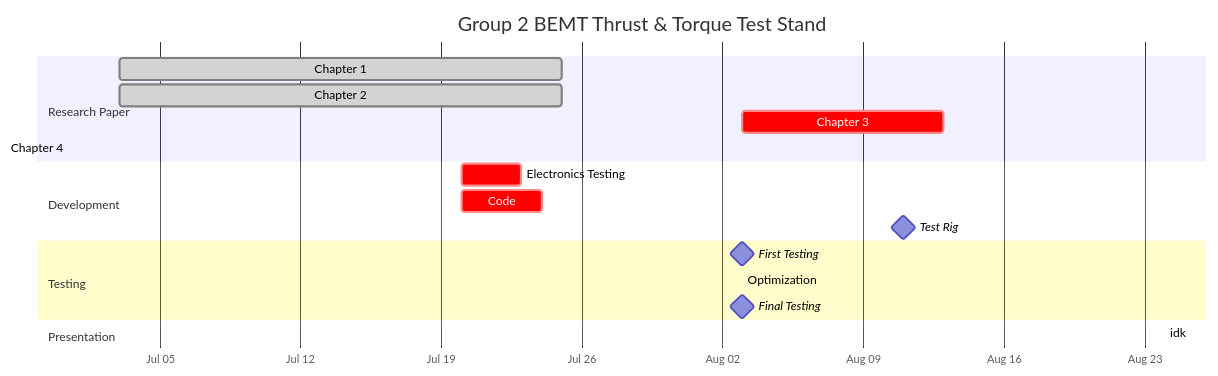
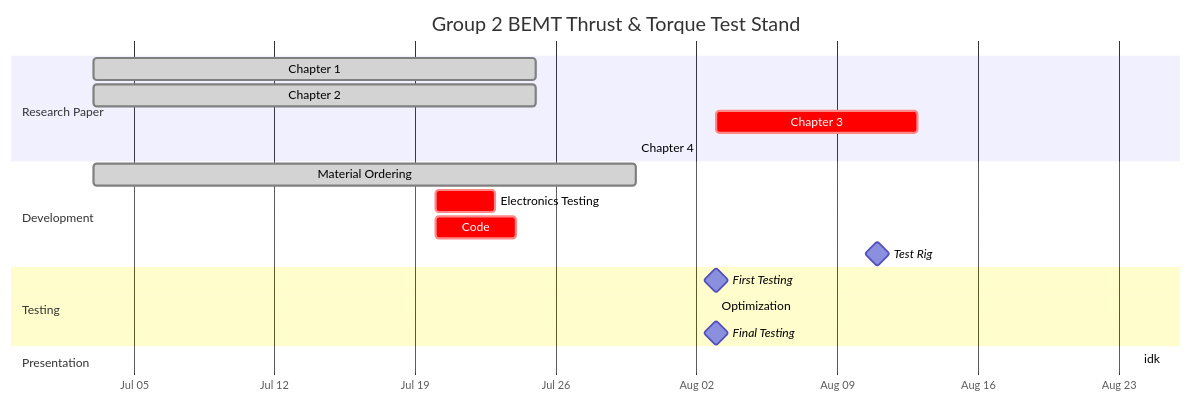
Before and after one commit to mdy-aap/AE-416-Research: the diagram in Group 2/1_ganttchart.md, drawn with Mermaid.

````diff
--- a/Group 2/1_ganttchart.md
+++ b/Group 2/1_ganttchart.md
@@ -1,25 +1,26 @@
 ```mermaid
 gantt
     title Group 2 BEMT Thrust & Torque Test Stand
     dateFormat  YYYY-MM-DD
     axisFormat  %b %d
 
     section Research Paper
     Chapter 1            :done,   des, 2026-07-03, 2026-07-25
     Chapter 2            :done,   des, 2026-07-03, 2026-07-25
     Chapter 3            :crit,   des, 2026-08-03, 10d
-    Chapter 4            :active, des, after des,
+    Chapter 4            :active, des, after des, 0d
 
     section Development
+    Material Ordering    :done,       des, 2026-07-03, 2026-07-30
     Electronics Testing  :crit,       dev, 2026-07-20, 3d
     Code                 :crit,       dev, 2026-07-20, 4d
     Test Rig             :milestone,  dev, after des3, 16d
 
     section Testing
     First Testing        :milestone, dev, 2026-08-03, 0d
     Optimization         :active,    dev, 2026-08-03, 0d
     Final Testing        :milestone, dev, 2026-08-03, 0d
 
     section Presentation
     idk                  :active, group, 2026-08-24, 0d
 ```
````
